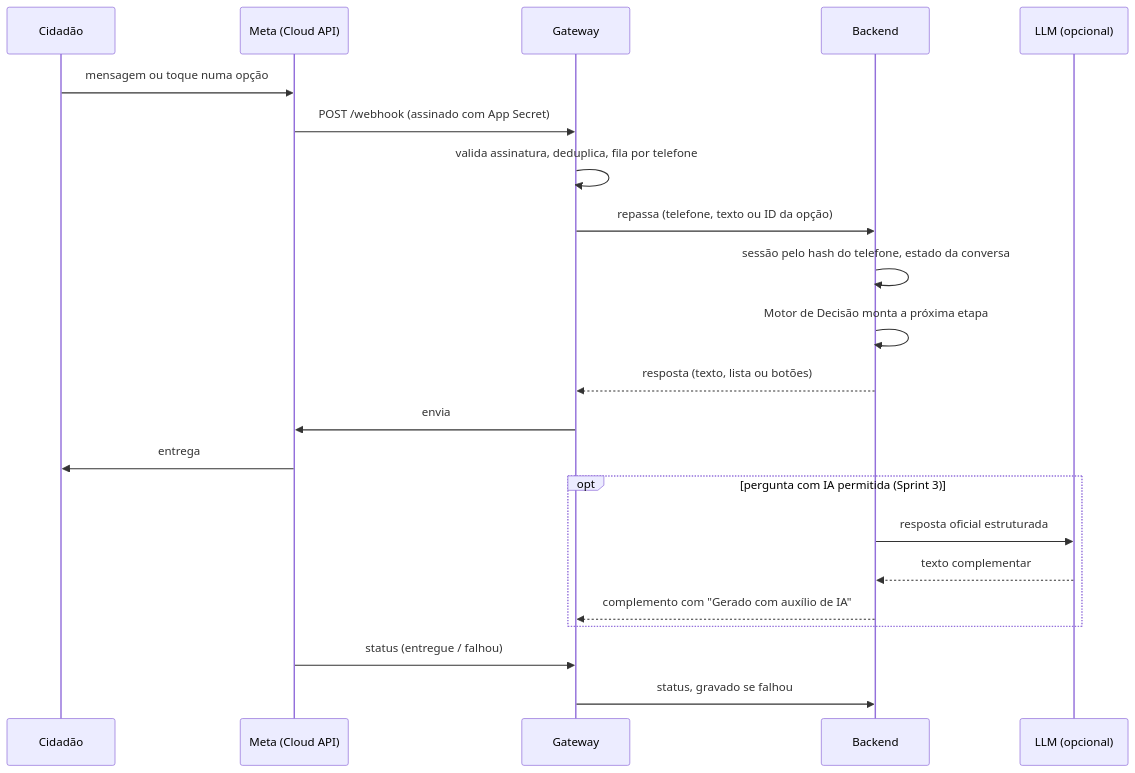
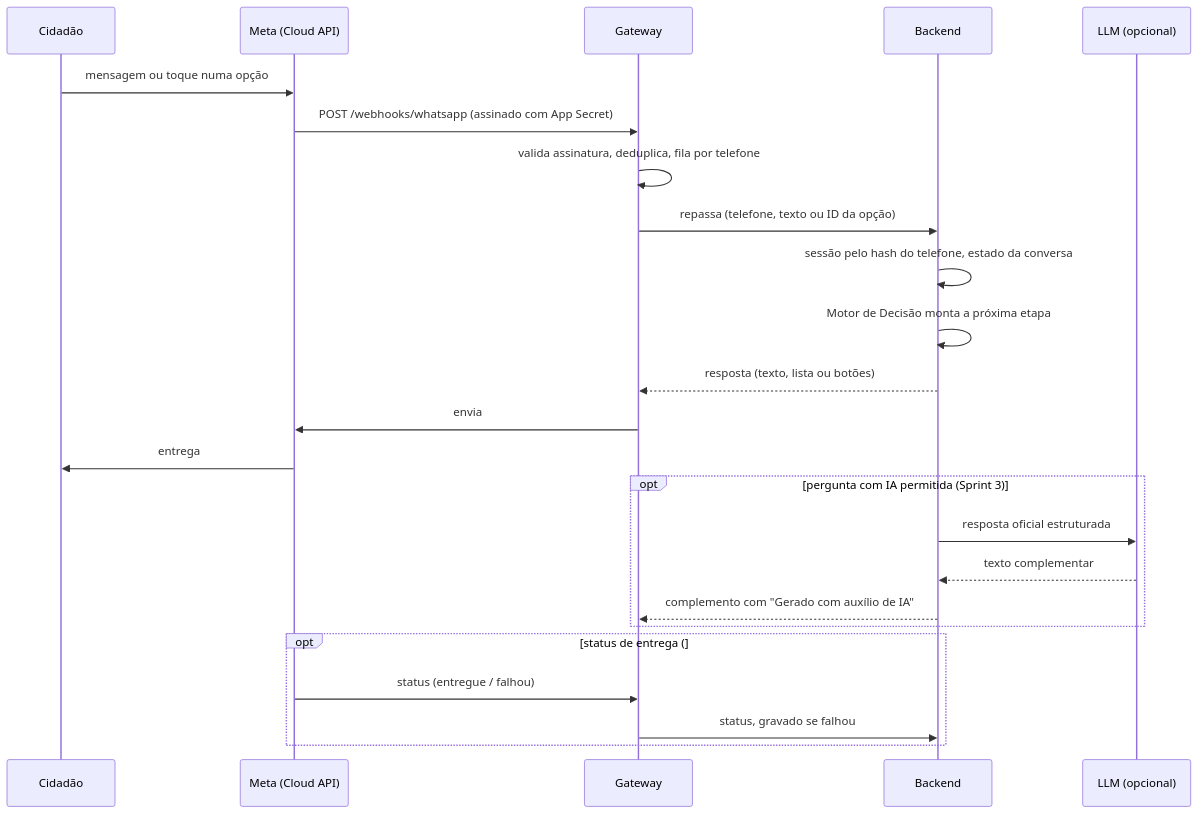
One commit to Steel-Hard/ProconChat_Jacarei changed the second of 2 diagrams in .docs/architecture/architecture.md. Above: the diagram before and after it, drawn with Mermaid. The commit also changed other lines of this file and 31 other files, not shown here.

````diff
--- a/.docs/architecture/architecture.md
+++ b/.docs/architecture/architecture.md
@@ -79,25 +79,27 @@
 ```mermaid
 sequenceDiagram
     participant C as Cidadão
     participant M as Meta (Cloud API)
     participant G as Gateway
     participant B as Backend
     participant L as LLM (opcional)
 
     C->>M: mensagem ou toque numa opção
-    M->>G: POST /webhook (assinado com App Secret)
+    M->>G: POST /webhooks/whatsapp (assinado com App Secret)
     G->>G: valida assinatura, deduplica, fila por telefone
     G->>B: repassa (telefone, texto ou ID da opção)
     B->>B: sessão pelo hash do telefone, estado da conversa
     B->>B: Motor de Decisão monta a próxima etapa
     B-->>G: resposta (texto, lista ou botões)
     G->>M: envia
     M->>C: entrega
     opt pergunta com IA permitida (Sprint 3)
         B->>L: resposta oficial estruturada
         L-->>B: texto complementar
         B-->>G: complemento com "Gerado com auxílio de IA"
     end
-    M->>G: status (entregue / falhou)
-    G->>B: status, gravado se falhou
+    opt status de entrega (#88, ainda não implementado)
+        M->>G: status (entregue / falhou)
+        G->>B: status, gravado se falhou
+    end
 ```
````
